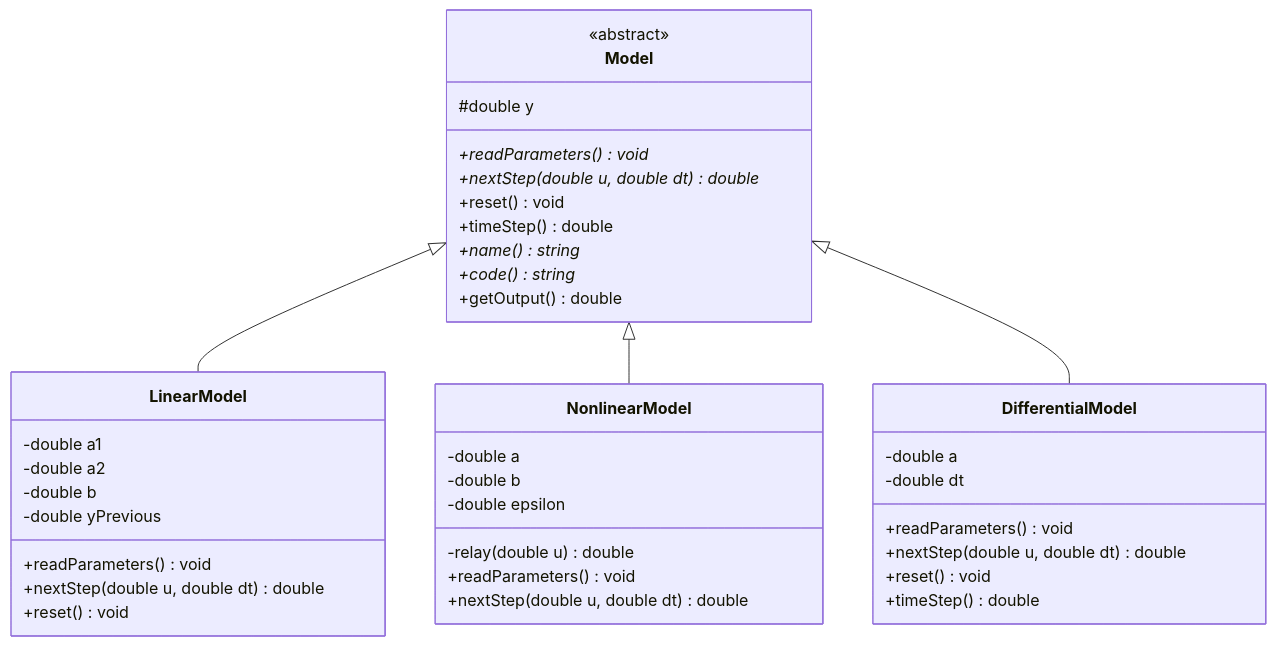
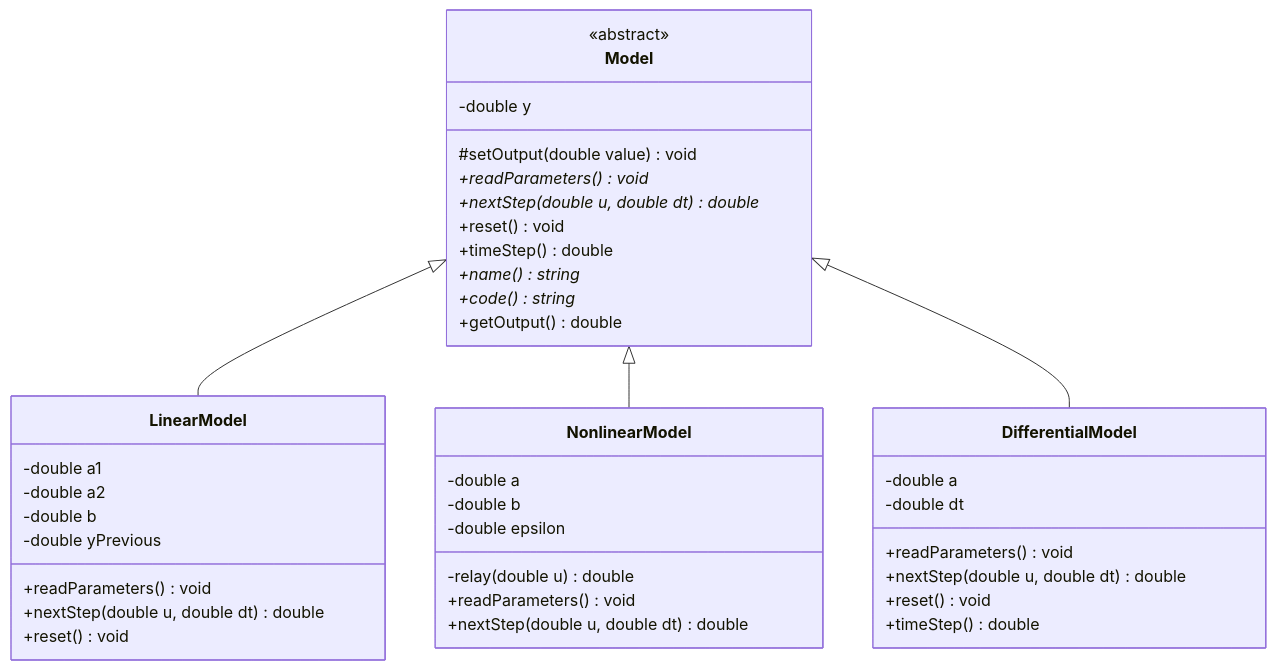
Before and after one commit to brstu/TMAU-2026: the diagram in trunk/as06813/task_01/doc/readme.md, drawn with Mermaid. The commit also changed other lines of this file and 7 other files, not shown here.

````diff
--- a/trunk/as06813/task_01/doc/readme.md
+++ b/trunk/as06813/task_01/doc/readme.md
@@ -78,46 +79,47 @@
 ```mermaid
 classDiagram
     class Model {
         <<abstract>>
-        #double y
+        -double y
+        #setOutput(double value) void
         +readParameters()* void
         +nextStep(double u, double dt)* double
         +reset() void
         +timeStep() double
         +name()* string
         +code()* string
         +getOutput() double
     }
 
     class LinearModel {
         -double a1
         -double a2
         -double b
         -double yPrevious
         +readParameters() void
         +nextStep(double u, double dt) double
         +reset() void
     }
 
     class NonlinearModel {
         -double a
         -double b
         -double epsilon
         -relay(double u) double
         +readParameters() void
         +nextStep(double u, double dt) double
     }
 
     class DifferentialModel {
         -double a
         -double dt
         +readParameters() void
         +nextStep(double u, double dt) double
         +reset() void
         +timeStep() double
     }
 
     Model <|-- LinearModel
     Model <|-- NonlinearModel
     Model <|-- DifferentialModel
 ```
````
